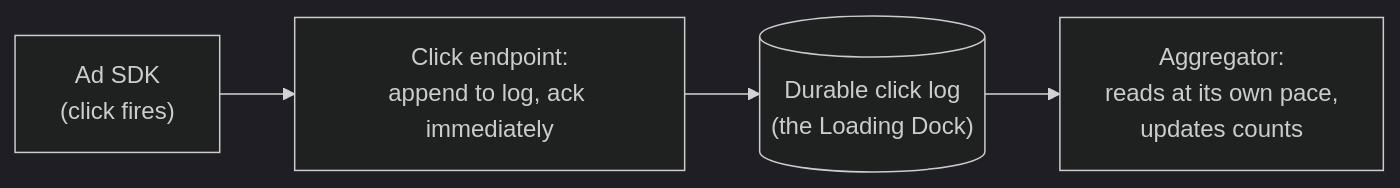
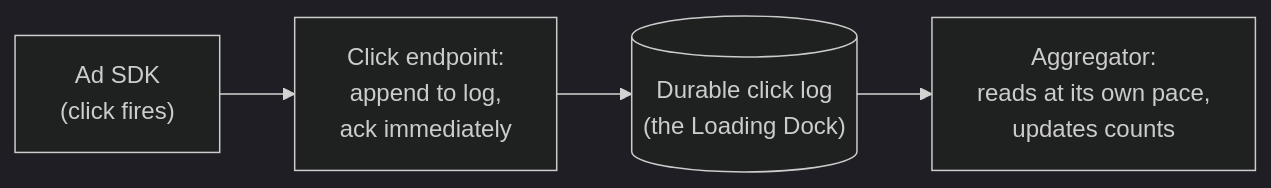
Before and after one commit to riyaz-pasha/Learnings: the second of 12 diagrams in system-design/HLD/0-course/63-Design-an-Ad-Click-Aggregation-System-FAANG-Guide-story.md, drawn with Mermaid (dark theme). The commit also changed other lines of this file and 1 other file, not shown here.

Commit message:
[REWRITE] Ad Click Aggregation System story guide: simplify prose, add structure, fix diagrams

````diff
--- a/system-design/HLD/0-course/63-Design-an-Ad-Click-Aggregation-System-FAANG-Guide-story.md
+++ b/system-design/HLD/0-course/63-Design-an-Ad-Click-Aggregation-System-FAANG-Guide-story.md
@@ -51,6 +126,6 @@
 ```mermaid
 flowchart LR
-    SDK["Ad SDK\n(click fires)"] --> Endpoint["Click endpoint:\nappend to log, ack immediately"]
-    Endpoint --> Log[("Durable click log\n(the Loading Dock)")]
-    Log --> Agg["Aggregator:\nreads at its own pace,\nupdates counts"]
+    SDK["Ad SDK<br/>(click fires)"] --> Endpoint["Click endpoint:<br/>append to log,<br/>ack immediately"]
+    Endpoint --> Log[("Durable click log<br/>(the Loading Dock)")]
+    Log --> Agg["Aggregator:<br/>reads at its own pace,<br/>updates counts"]
 ```
````
